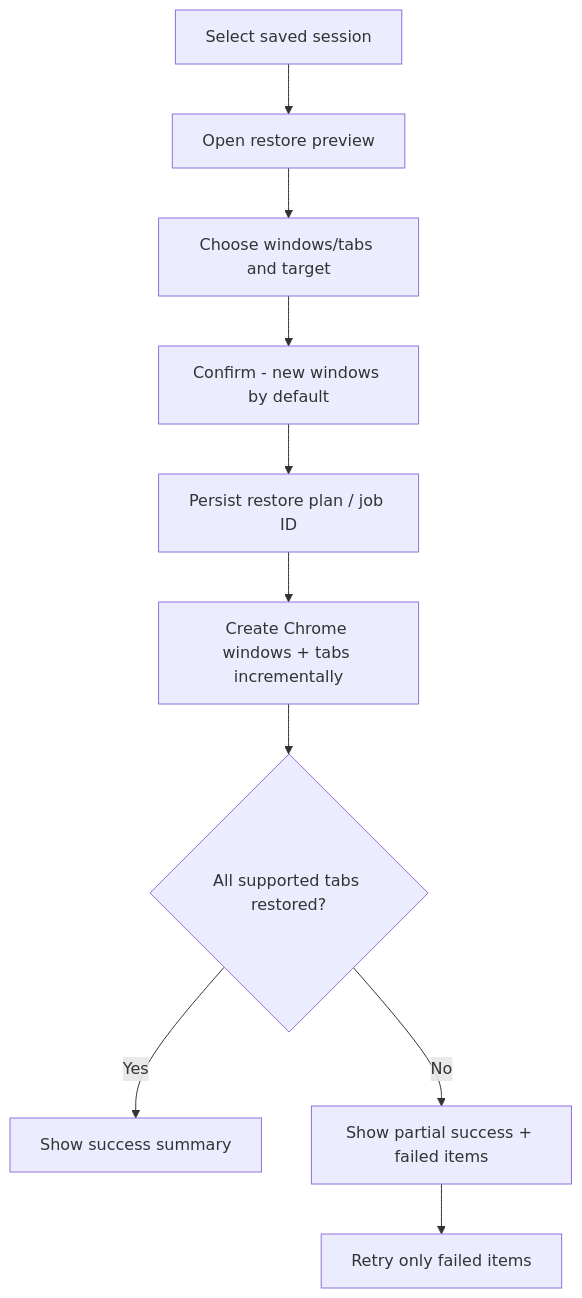
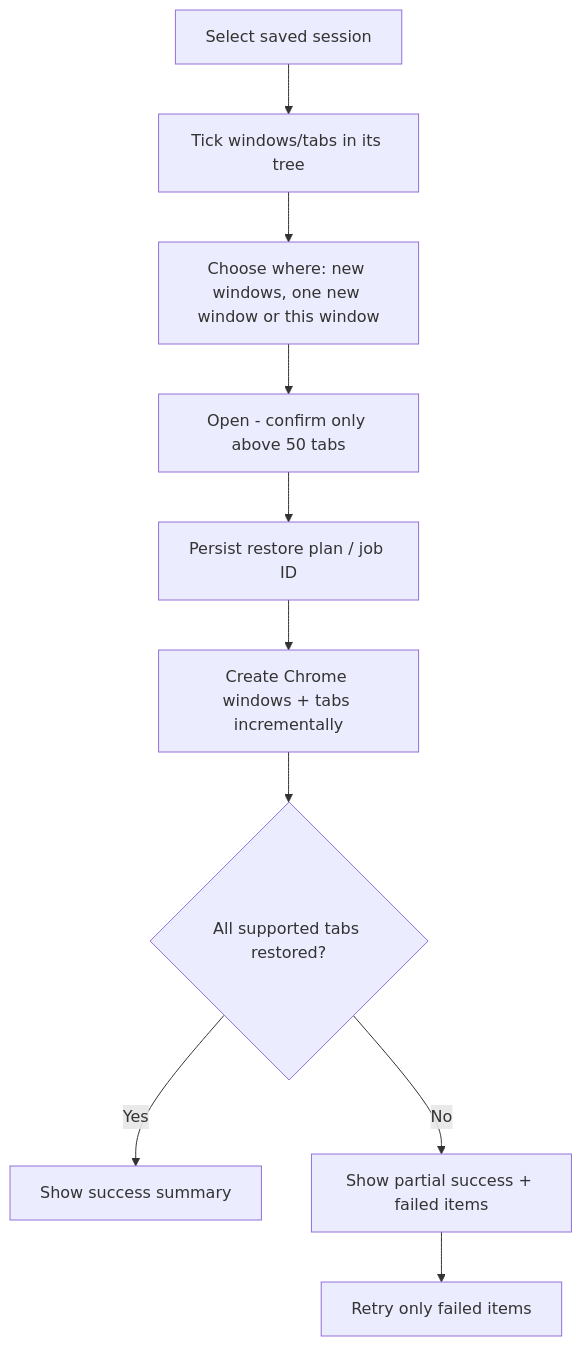
One commit to chrisgen19/sessionhub changed the third of 5 diagrams in docs/USER_FLOWS.md. Above: the diagram before and after it, drawn with Mermaid. The commit also changed other lines of this file and 34 other files, not shown here.

Commit message:
feat(extension): pick windows and tabs to open, and where, from the session tree

````diff
--- a/docs/USER_FLOWS.md
+++ b/docs/USER_FLOWS.md
@@ -46,12 +46,12 @@
 ```mermaid
 flowchart TD
-  A[Select saved session] --> B[Open restore preview]
-  B --> C[Choose windows/tabs and target]
-  C --> D[Confirm - new windows by default]
+  A[Select saved session] --> B[Tick windows/tabs in its tree]
+  B --> C[Choose where: new windows, one new window or this window]
+  C --> D[Open - confirm only above 50 tabs]
   D --> E[Persist restore plan / job ID]
   E --> F[Create Chrome windows + tabs incrementally]
   F --> G{All supported tabs restored?}
   G -- Yes --> H[Show success summary]
   G -- No --> I[Show partial success + failed items]
   I --> J[Retry only failed items]
 ```
````
